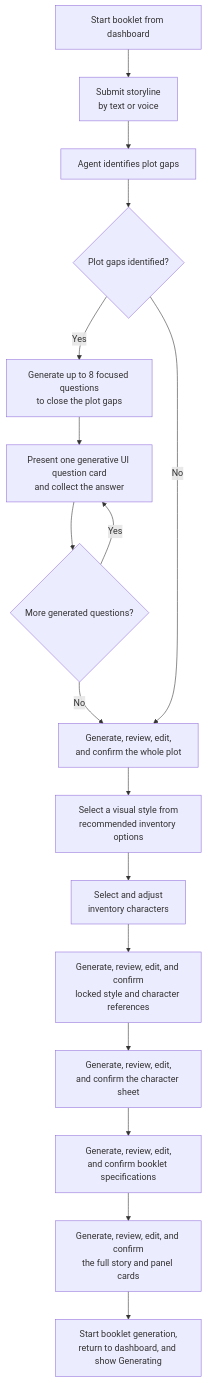
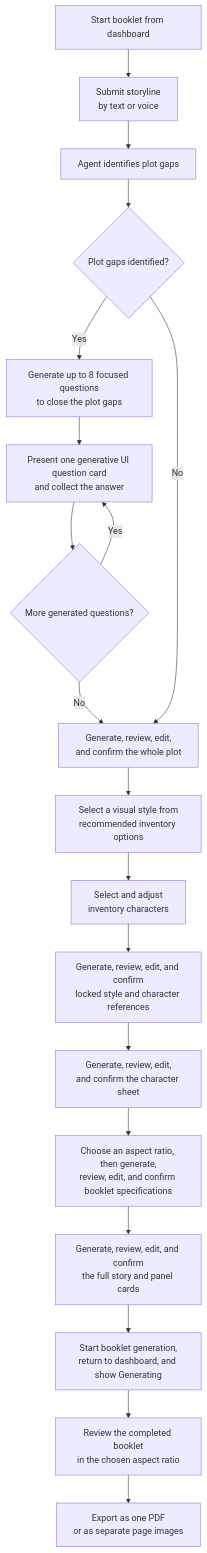
One commit to karpishe-experiments/agentic-poc changed the diagram in docs/proposed-prds/childrens-booklet-v0-flowchart.mmd. Above: the diagram before and after it, drawn with Mermaid. The commit also changed 1 other file, not shown here.

Commit message:
Enhance children's booklet workflow documentation with aspect ratio selection and export options

```diff
--- a/docs/proposed-prds/childrens-booklet-v0-flowchart.mmd
+++ b/docs/proposed-prds/childrens-booklet-v0-flowchart.mmd
@@ -1,20 +1,22 @@
 flowchart TD
     A[Start booklet from dashboard] --> S[Submit storyline<br/>by text or voice]
     S --> Q[Agent identifies plot gaps]
     Q --> QD{Plot gaps identified?}
 
     QD -- Yes --> QG[Generate up to 8 focused questions<br/>to close the plot gaps]
     QG --> QC[Present one generative UI question card<br/>and collect the answer]
     QC --> QM{More generated questions?}
     QM -- Yes --> QC
     QM -- No --> P
     QD -- No --> P
 
     P[Generate, review, edit,<br/>and confirm the whole plot]
     P --> ST[Select a visual style from<br/>recommended inventory options]
     ST --> CH[Select and adjust<br/>inventory characters]
     CH --> LK[Generate, review, edit, and confirm<br/>locked style and character references]
     LK --> CS[Generate, review, edit,<br/>and confirm the character sheet]
-    CS --> BS[Generate, review, edit,<br/>and confirm booklet specifications]
+    CS --> BS[Choose an aspect ratio, then generate,<br/>review, edit, and confirm booklet specifications]
     BS --> FS[Generate, review, edit, and confirm<br/>the full story and panel cards]
     FS --> GEN[Start booklet generation,<br/>return to dashboard, and show Generating]
+    GEN --> RV[Review the completed booklet<br/>in the chosen aspect ratio]
+    RV --> EX[Export as one PDF<br/>or as separate page images]
```
